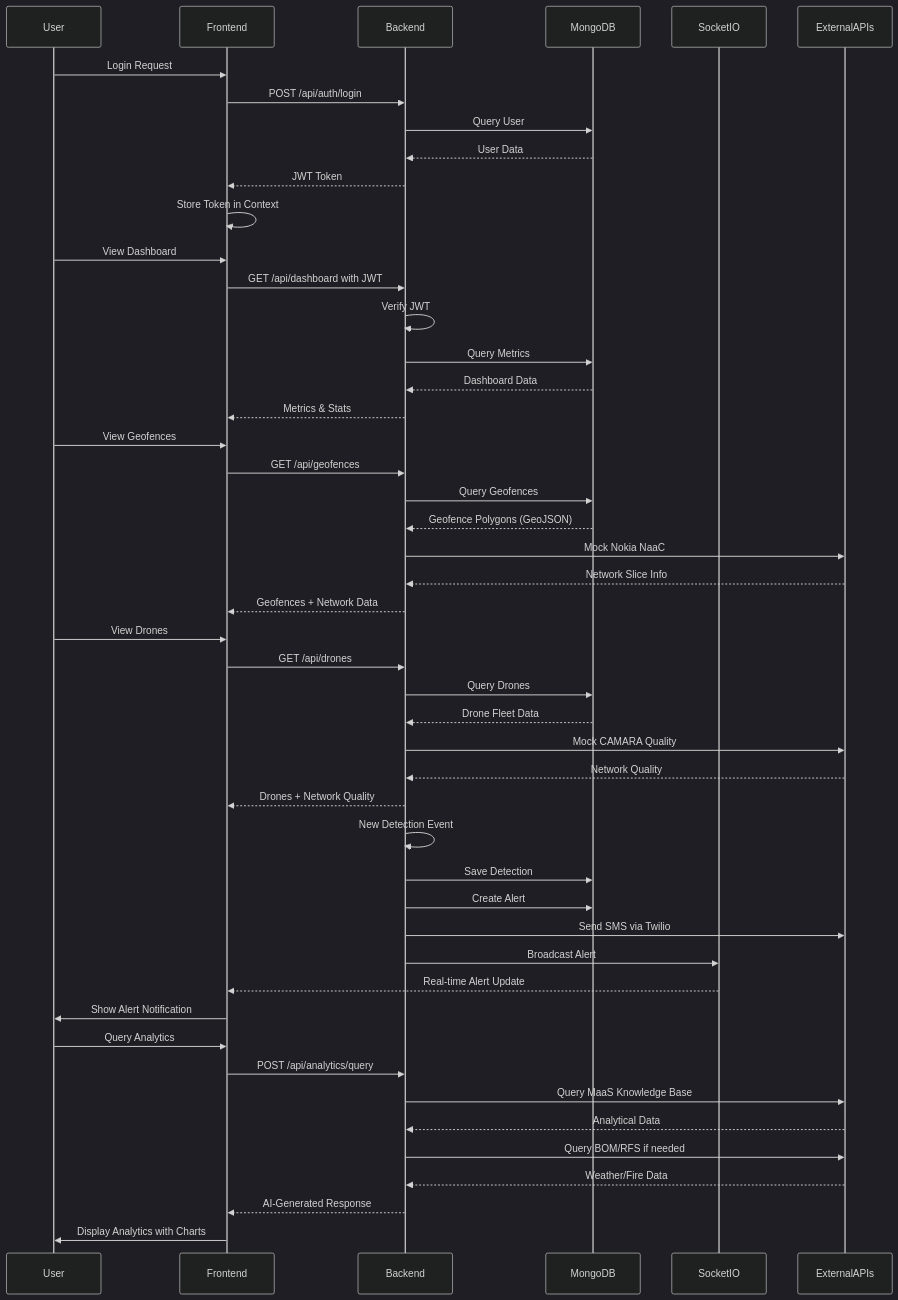
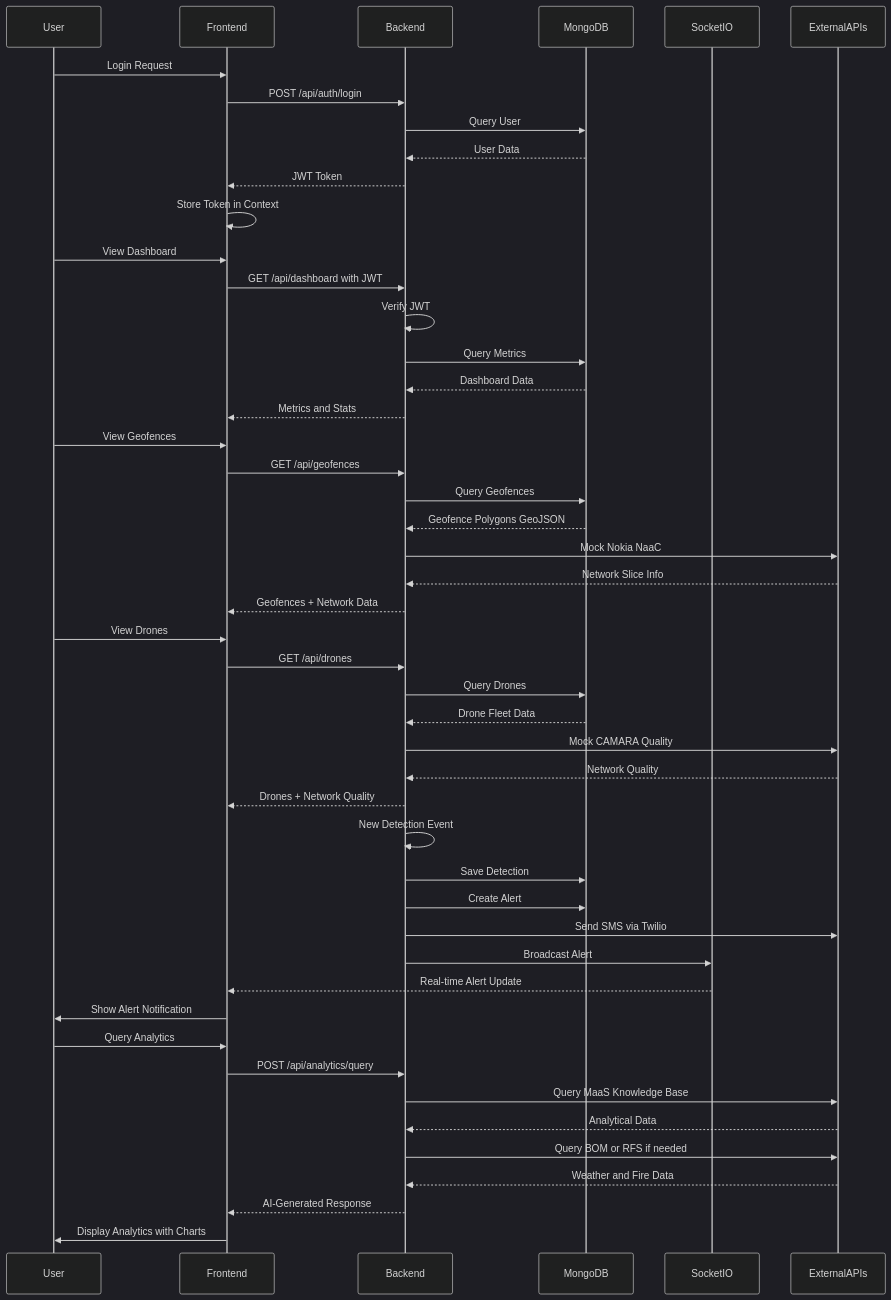
The second of 3 diagrams in ARCHITECTURE.md (GanimyKava/bushfire_sentinel), drawn with Mermaid (dark theme) before and after one commit. The commit also changed other lines of this file, not shown here.

````diff
--- a/ARCHITECTURE.md
+++ b/ARCHITECTURE.md
@@ -193,56 +193,56 @@
 ```mermaid
 sequenceDiagram
     participant User
     participant Frontend
     participant Backend
     participant MongoDB
     participant SocketIO
     participant ExternalAPIs
 
     User->>Frontend: Login Request
     Frontend->>Backend: POST /api/auth/login
     Backend->>MongoDB: Query User
     MongoDB-->>Backend: User Data
     Backend-->>Frontend: JWT Token
     Frontend->>Frontend: Store Token in Context
 
     User->>Frontend: View Dashboard
     Frontend->>Backend: GET /api/dashboard with JWT
     Backend->>Backend: Verify JWT
     Backend->>MongoDB: Query Metrics
     MongoDB-->>Backend: Dashboard Data
-    Backend-->>Frontend: Metrics & Stats
+    Backend-->>Frontend: Metrics and Stats
 
     User->>Frontend: View Geofences
     Frontend->>Backend: GET /api/geofences
     Backend->>MongoDB: Query Geofences
-    MongoDB-->>Backend: Geofence Polygons (GeoJSON)
+    MongoDB-->>Backend: Geofence Polygons GeoJSON
     Backend->>ExternalAPIs: Mock Nokia NaaC
     ExternalAPIs-->>Backend: Network Slice Info
     Backend-->>Frontend: Geofences + Network Data
 
     User->>Frontend: View Drones
     Frontend->>Backend: GET /api/drones
     Backend->>MongoDB: Query Drones
     MongoDB-->>Backend: Drone Fleet Data
     Backend->>ExternalAPIs: Mock CAMARA Quality
     ExternalAPIs-->>Backend: Network Quality
     Backend-->>Frontend: Drones + Network Quality
 
     Backend->>Backend: New Detection Event
     Backend->>MongoDB: Save Detection
     Backend->>MongoDB: Create Alert
     Backend->>ExternalAPIs: Send SMS via Twilio
     Backend->>SocketIO: Broadcast Alert
     SocketIO-->>Frontend: Real-time Alert Update
     Frontend->>User: Show Alert Notification
 
     User->>Frontend: Query Analytics
     Frontend->>Backend: POST /api/analytics/query
     Backend->>ExternalAPIs: Query MaaS Knowledge Base
     ExternalAPIs-->>Backend: Analytical Data
-    Backend->>ExternalAPIs: Query BOM/RFS if needed
-    ExternalAPIs-->>Backend: Weather/Fire Data
+    Backend->>ExternalAPIs: Query BOM or RFS if needed
+    ExternalAPIs-->>Backend: Weather and Fire Data
     Backend-->>Frontend: AI-Generated Response
     Frontend->>User: Display Analytics with Charts
 ```
````
